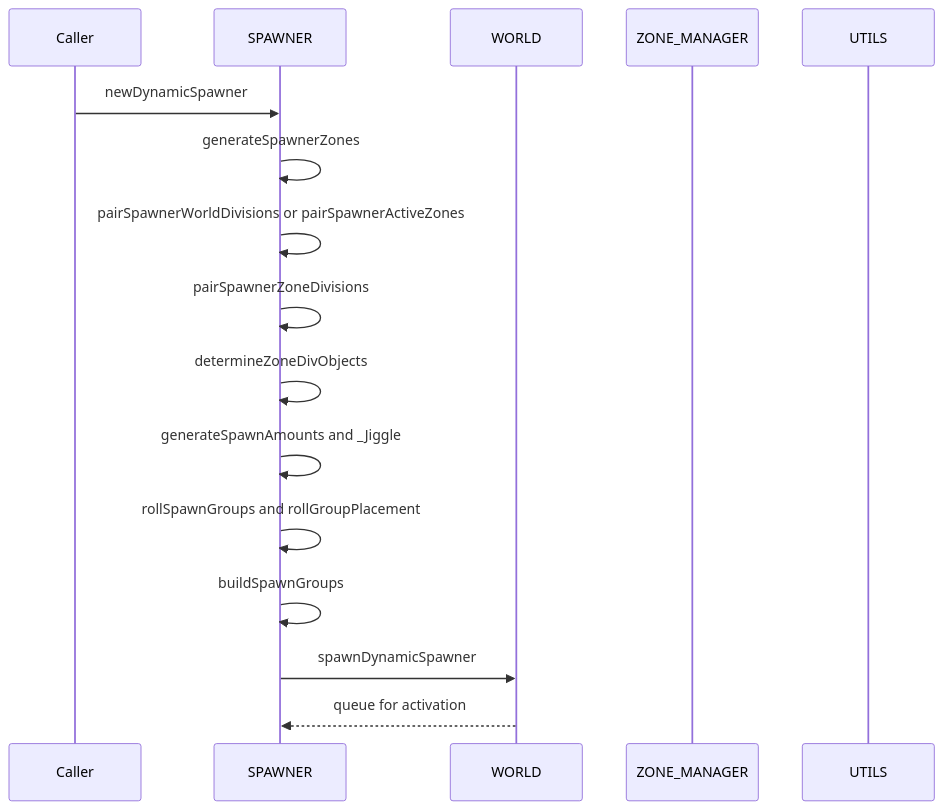
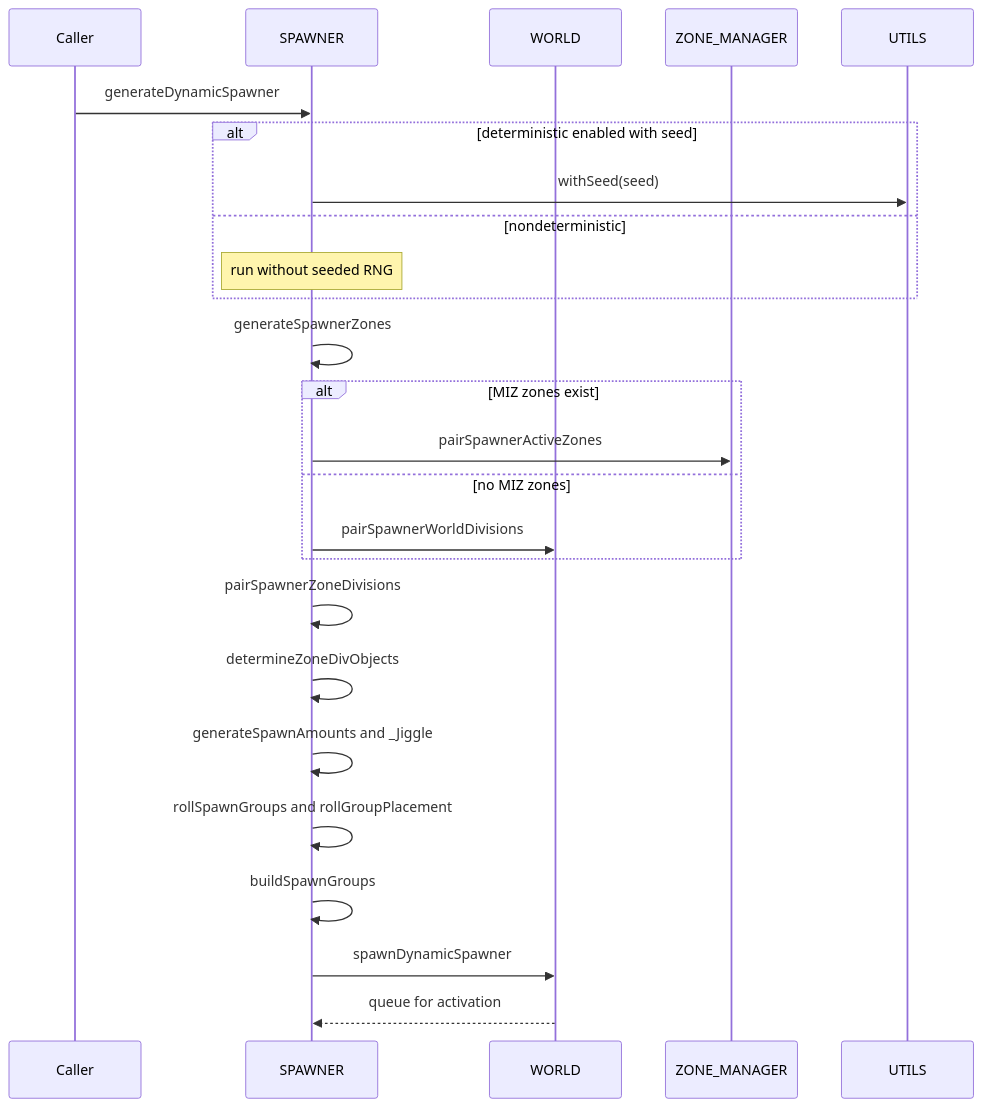
The second of 2 diagrams in docs/spawner/README.md (Gh0st352/AETHR), drawn with Mermaid before and after one commit. The commit also changed other lines of this file and 9 other files, not shown here.

First line of the commit message:
docs(spawner, mermaid): restructure diagrams and clarify headings

````diff
--- a/docs/spawner/README.md
+++ b/docs/spawner/README.md
@@ -28,19 +39,30 @@
 ```mermaid
+%% shared theme: docs/_mermaid/theme.json %%
 sequenceDiagram
   participant Caller
   participant SP as SPAWNER
   participant W as WORLD
   participant ZM as ZONE_MANAGER
   participant U as UTILS
 
-  Caller->>SP: newDynamicSpawner
+  Caller->>SP: generateDynamicSpawner
+  alt deterministic enabled with seed
+    SP->>U: withSeed(seed)
+  else nondeterministic
+    Note over SP: run without seeded RNG
+  end
+
   SP->>SP: generateSpawnerZones
-  SP->>SP: pairSpawnerWorldDivisions or pairSpawnerActiveZones
+  alt MIZ zones exist
+    SP->>ZM: pairSpawnerActiveZones
+  else no MIZ zones
+    SP->>W: pairSpawnerWorldDivisions
+  end
   SP->>SP: pairSpawnerZoneDivisions
   SP->>SP: determineZoneDivObjects
   SP->>SP: generateSpawnAmounts and _Jiggle
   SP->>SP: rollSpawnGroups and rollGroupPlacement
   SP->>SP: buildSpawnGroups
   SP->>W: spawnDynamicSpawner
   W-->>SP: queue for activation
 ```
````
